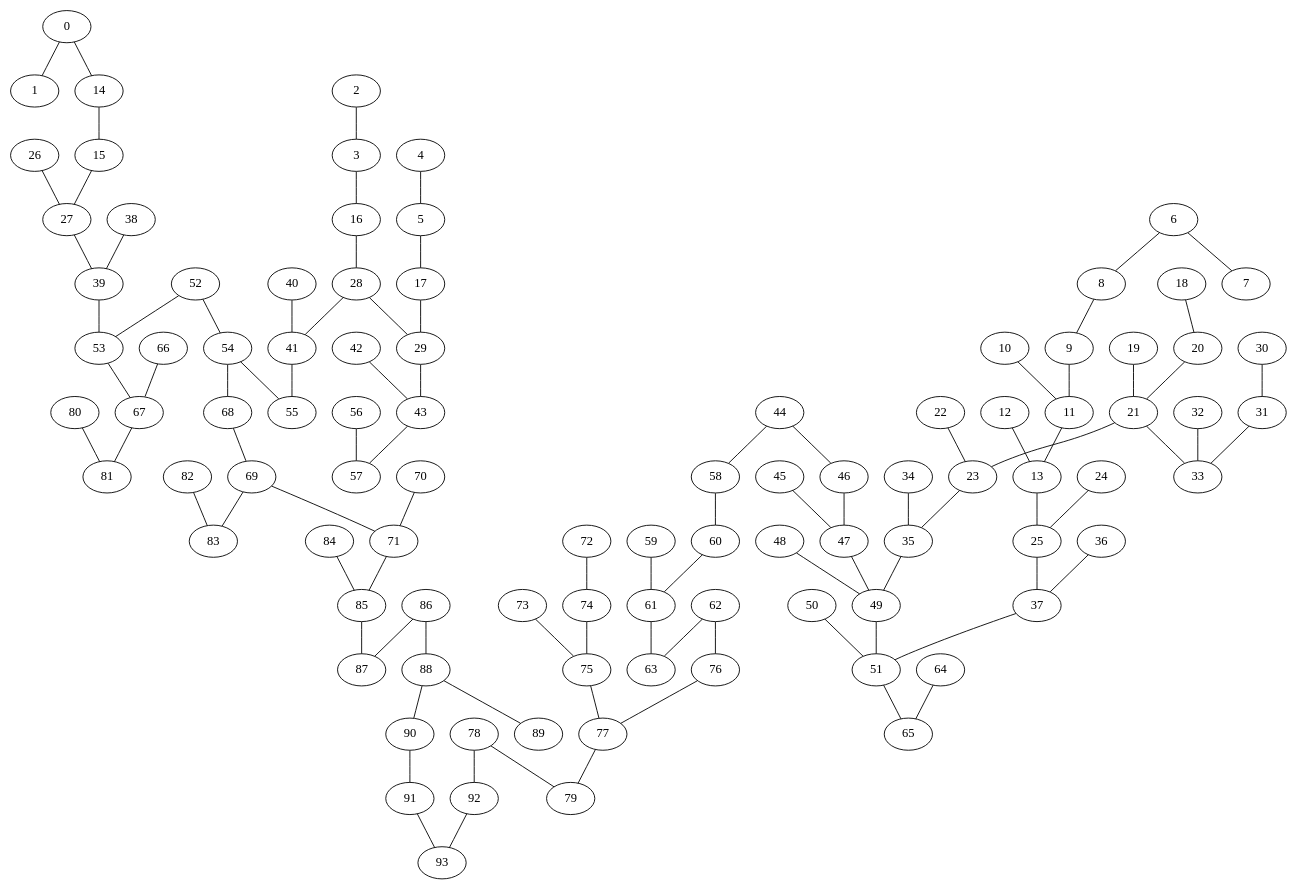
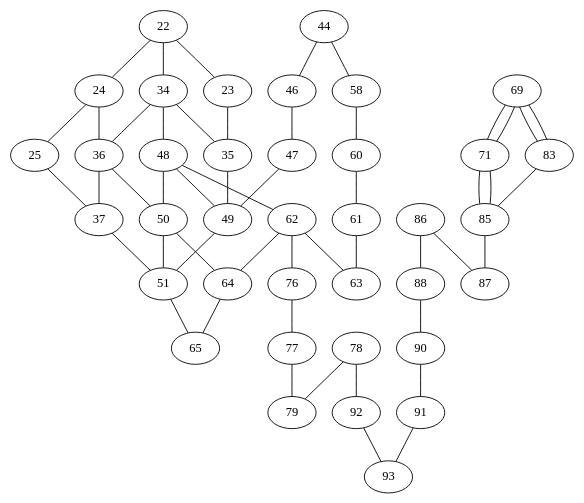
One commit to marcoputon/CircuitRouting changed the diagram in src/teste.dot. Above: the diagram before and after it, drawn with Graphviz. The commit also changed 5 other files, not shown here.

```diff
--- a/src/teste.dot
+++ b/src/teste.dot
@@ -1,95 +1,52 @@
 graph {
-0 -- 1
-2 -- 3
-6 -- 8
-12 -- 13
-54 -- 55
 24 -- 25
-26 -- 27
-52 -- 53
 50 -- 51
-10 -- 11
 22 -- 23
 48 -- 49
 46 -- 47
-42 -- 43
 44 -- 46
-45 -- 47
 92 -- 93
 86 -- 88
-88 -- 89
 90 -- 91
 86 -- 87
-4 -- 5
-8 -- 9
-19 -- 21
-20 -- 21
-84 -- 85
-80 -- 81
-82 -- 83
-40 -- 41
 78 -- 79
 76 -- 77
-18 -- 20
-38 -- 39
-74 -- 75
-73 -- 75
 36 -- 37
-72 -- 74
-70 -- 71
-6 -- 7
 34 -- 35
-68 -- 69
-66 -- 67
-32 -- 33
 64 -- 65
 62 -- 63
-14 -- 15
-30 -- 31
-31 -- 33
-59 -- 61
 60 -- 61
 58 -- 60
-56 -- 57
 25 -- 37
 88 -- 90
 47 -- 49
 23 -- 35
-21 -- 23
-21 -- 33
-9 -- 11
-75 -- 77
-17 -- 29
-16 -- 28
 61 -- 63
-15 -- 27
-28 -- 41
-27 -- 39
 51 -- 65
 44 -- 58
-43 -- 57
-41 -- 55
-39 -- 53
 37 -- 51
 35 -- 49
-29 -- 43
 91 -- 93
-11 -- 13
 49 -- 51
 78 -- 92
 77 -- 79
 71 -- 85
 69 -- 83
-67 -- 81
-13 -- 25
-0 -- 14
-5 -- 17
-3 -- 16
-28 -- 29
-54 -- 68
-53 -- 67
 62 -- 76
 69 -- 71
-52 -- 54
 85 -- 87
+22 -- 24
+34 -- 36
+48 -- 50
+62 -- 64
+22 -- 34
+34 -- 48
+48 -- 62
+24 -- 36
+36 -- 50
+50 -- 64
+69 -- 71
+83 -- 85
+69 -- 83
+71 -- 85
 }
```
